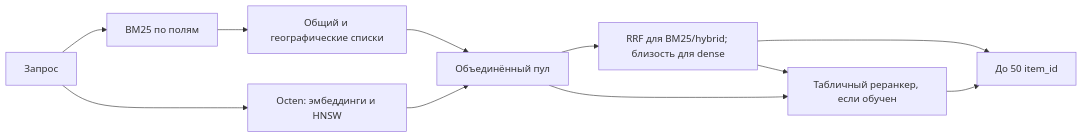
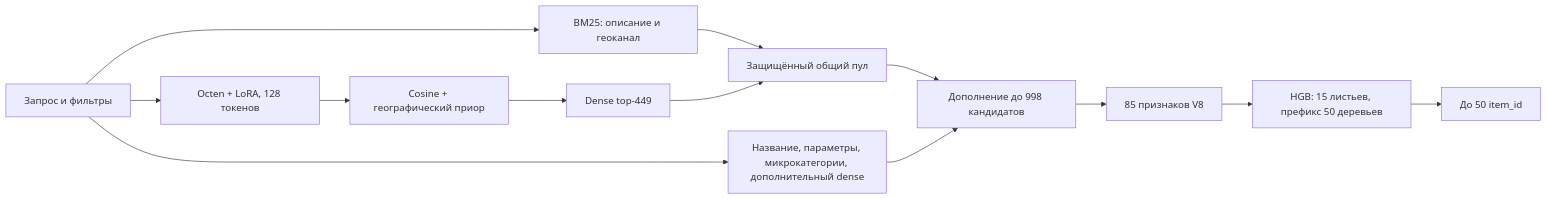
Before and after one commit to Alexeyokey/avitotestproject: the diagram in README.md, drawn with Mermaid. The commit also changed other lines of this file and 28 other files, not shown here.

````diff
--- a/README.md
+++ b/README.md
@@ -23,13 +133,15 @@
 ```mermaid
 flowchart LR
-    Q["Запрос"] --> B["BM25 по полям"]
-    Q --> D["Octen: эмбеддинги и HNSW"]
-    B --> G["Общий и географические списки"]
-    G --> P["Объединённый пул"]
+    Q[Запрос и фильтры] --> B[BM25: описание и геоканал]
+    Q --> E[Octen + LoRA, 128 токенов]
+    E --> G[Cosine + географический приор]
+    G --> D[Dense top-449]
+    B --> P[Защищённый общий пул]
     D --> P
-    P --> F["RRF для BM25/hybrid; близость для dense"]
-    F --> A["До 50 item_id"]
-    P --> R["Табличный реранкер, если обучен"]
-    F --> R
-    R --> A
+    Q --> S[Название, параметры, микрокатегории, дополнительный dense]
+    P --> C[Дополнение до 998 кандидатов]
+    S --> C
+    C --> F[85 признаков V8]
+    F --> R[HGB: 15 листьев, префикс 50 деревьев]
+    R --> A[До 50 item_id]
 ```
````
